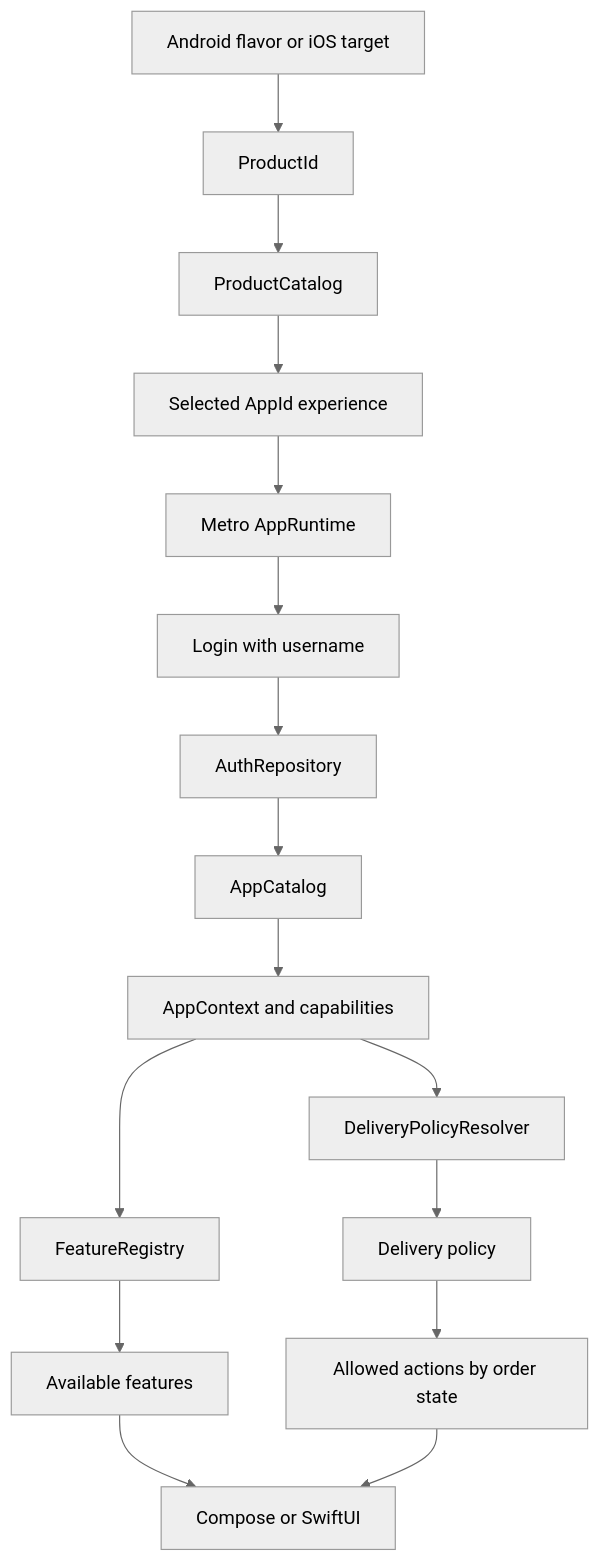
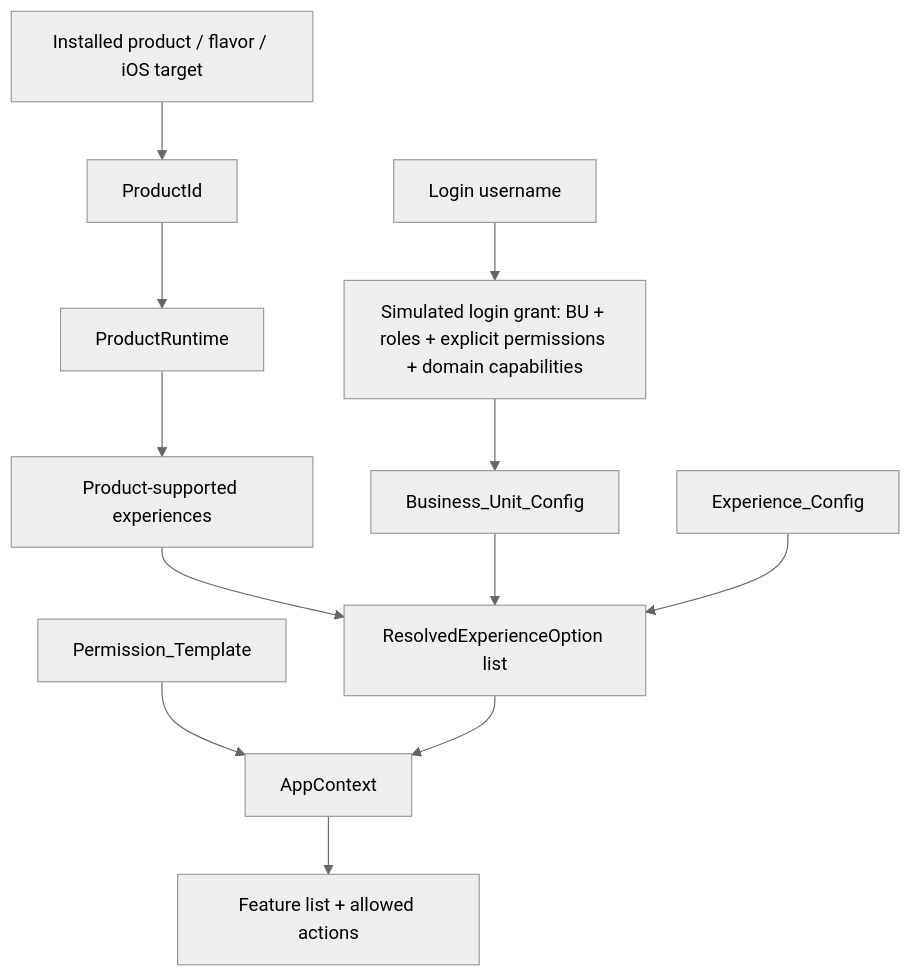
Before and after one commit to a-e-s-h-m-a/kmp-multi-app: the diagram in README.md, drawn with Mermaid (neutral theme). The commit also changed other lines of this file and 27 other files, not shown here.

````diff
--- a/README.md
+++ b/README.md
@@ -35,18 +59,25 @@
 ```mermaid
 flowchart TD
-    Product["Android flavor or iOS target"] --> ProductId["ProductId"]
-    ProductId --> ProductCatalog["ProductCatalog"]
-    ProductCatalog --> AppId["Selected AppId experience"]
-    AppId --> Runtime["Metro AppRuntime"]
-    Runtime --> Login["Login with username"]
-    Login --> Auth["AuthRepository"]
-    Auth --> Catalog["AppCatalog"]
-    Catalog --> Context["AppContext and capabilities"]
-    Context --> Registry["FeatureRegistry"]
-    Context --> Resolver["DeliveryPolicyResolver"]
-    Registry --> Features["Available features"]
-    Resolver --> Policy["Delivery policy"]
-    Policy --> Actions["Allowed actions by order state"]
-    Features --> UI["Compose or SwiftUI"]
-    Actions --> UI
+    Product["Installed product / flavor / iOS target"]
+    ProductId["ProductId"]
+    Runtime["ProductRuntime"]
+    Login["Login username"]
+    Grant["Simulated login grant: BU + roles + explicit permissions + domain capabilities"]
+    ProductExperiences["Product-supported experiences"]
+    BUConfig["Business_Unit_Config"]
+    ExperienceConfig["Experience_Config"]
+    PermissionTemplates["Permission_Template"]
+    Options["ResolvedExperienceOption list"]
+    Context["AppContext"]
+    Features["Feature list + allowed actions"]
+
+    Product --> ProductId --> Runtime
+    Login --> Grant
+    Runtime --> ProductExperiences
+    Grant --> BUConfig
+    ProductExperiences --> Options
+    BUConfig --> Options
+    ExperienceConfig --> Options
+    PermissionTemplates --> Context
+    Options --> Context --> Features
 ```
````
